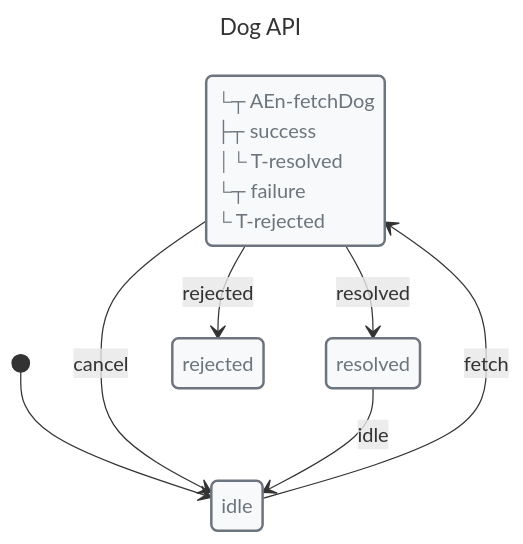
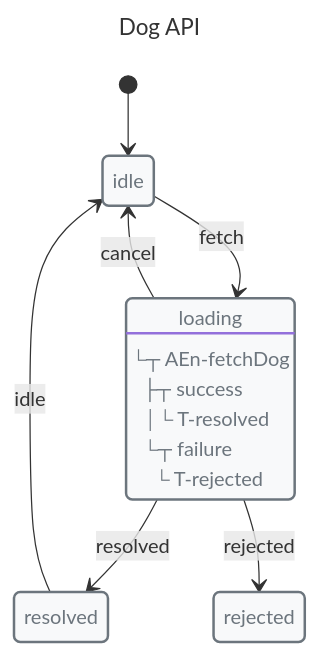
The first of 3 diagrams in docs/guides/async.md (Masquerade-Circus/x-robot), drawn with Mermaid before and after one commit. The commit also changed other lines of this file and 123 other files, not shown here.

Commit message:
refactor: improve mermaid code

````diff
--- a/docs/guides/async.md
+++ b/docs/guides/async.md
@@ -7,32 +7,33 @@
 ```mermaid
 ---
 title: Dog API
 ---
 
 stateDiagram-v2
+direction TB
 
 classDef danger fill:#f8d7da,stroke:#721c24,stroke-width:2px,text-align:left,color:#721c24
 classDef warning fill:#fff3cd,stroke:#856404,stroke-width:2px,text-align:left,color:#856404
 classDef success fill:#d4edda,stroke:#155724,stroke-width:2px,text-align:left,color:#155724
 classDef primary fill:#cce5ff,stroke:#004085,stroke-width:2px,text-align:left,color:#004085
 classDef info fill:#d1ecf1,stroke:#0c5460,stroke-width:2px,text-align:left,color:#0c5460
 classDef def fill:#f8f9fa,stroke:#6c757d,stroke-width:2px,text-align:left,color:#6c757d
 
-state idle
-state loading
-state resolved
-state rejected
+state "idle" as idle
+state "loading" as loading
+state "resolved" as resolved
+state "rejected" as rejected
 class idle def
 class loading def
 class resolved def
 class rejected def
 
-loading: └┬ AEn-fetchDog<br> ├┬ success<br> │└ T-resolved<br> └┬ failure<br>  └ T-rejected
+loading: └┬ AEn-fetchDog<br> ├┬ success<br> │└ T-resolved<br> └┬ failure<br>  └ T-rejected
 
 [*] --> idle
 idle --> loading: fetch
 loading --> resolved: resolved
 loading --> rejected: rejected
 loading --> idle: cancel
 resolved --> idle: idle
 ```
````
